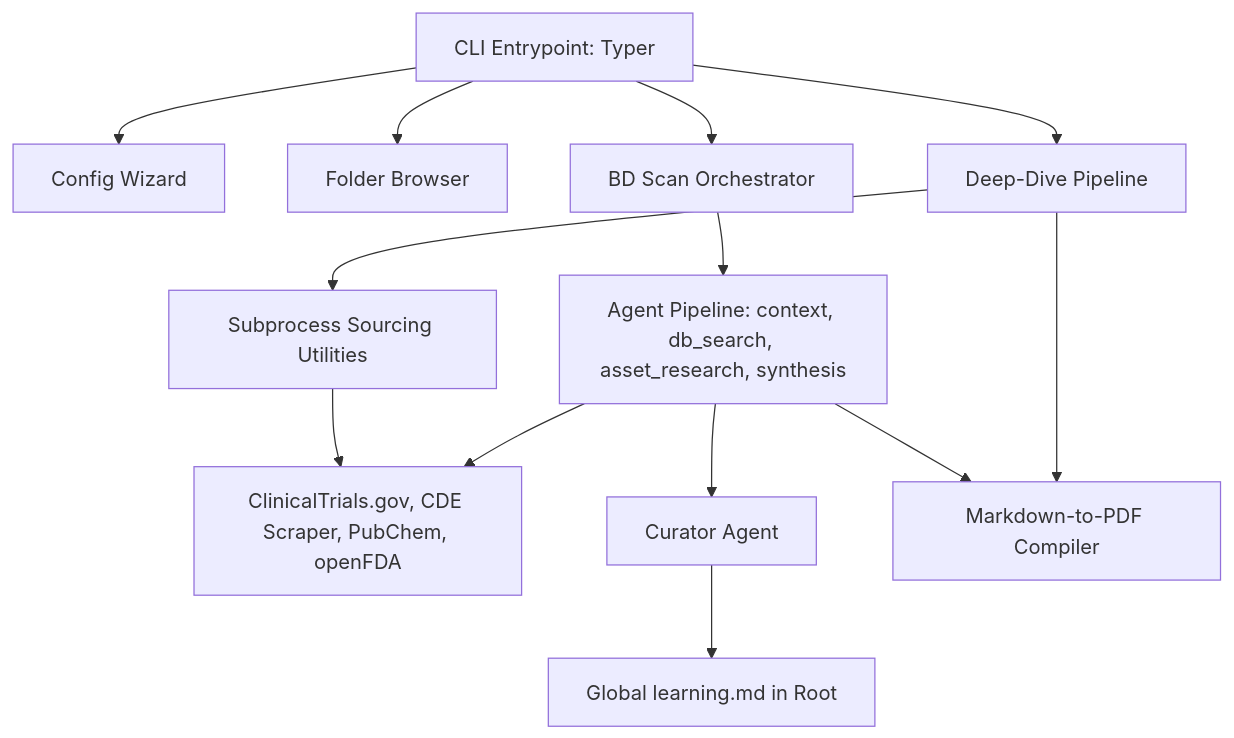
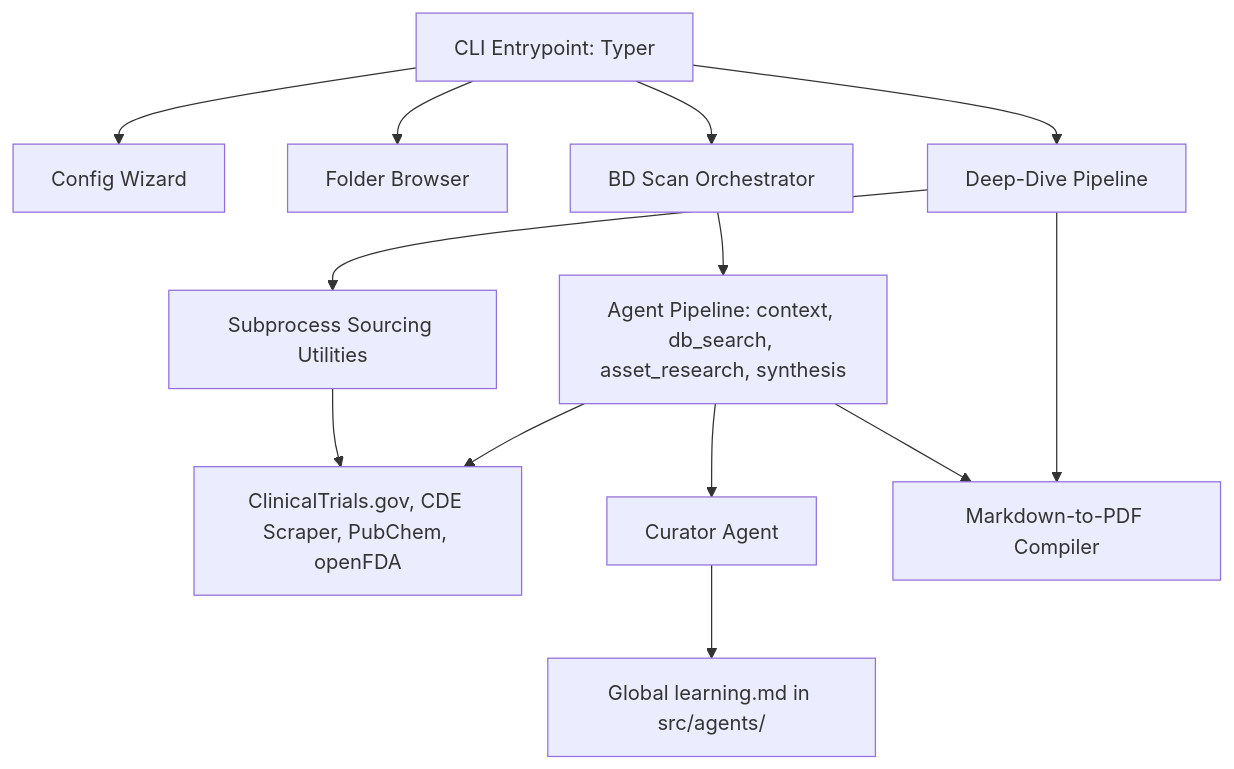
Before and after one commit to Ruinius/biotech-analyst-cli: the diagram in docs/architecture.md, drawn with Mermaid. The commit also changed other lines of this file and 21 other files, not shown here.

Commit message:
implemented roadmap phase 2

````diff
--- a/docs/architecture.md
+++ b/docs/architecture.md
@@ -11,19 +11,19 @@
 ```mermaid
 graph TD
     CLI[CLI Entrypoint: Typer] --> config[Config Wizard]
     CLI --> folder[Folder Browser]
     CLI --> bdscan[BD Scan Orchestrator]
     CLI --> deepdive[Deep-Dive Pipeline]
 
     bdscan --> Agents[Agent Pipeline: context, db_search, asset_research, synthesis]
     deepdive --> fetch[Subprocess Sourcing Utilities]
 
     fetch --> Registry[ClinicalTrials.gov, CDE Scraper, PubChem, openFDA]
     Agents --> Registry
 
     Agents --> Curator[Curator Agent]
-    Curator --> GlobalLearning[Global learning.md in Root]
+    Curator --> GlobalLearning[Global learning.md in src/agents/]
 
     Agents --> PDF[Markdown-to-PDF Compiler]
     deepdive --> PDF
 ```
````
